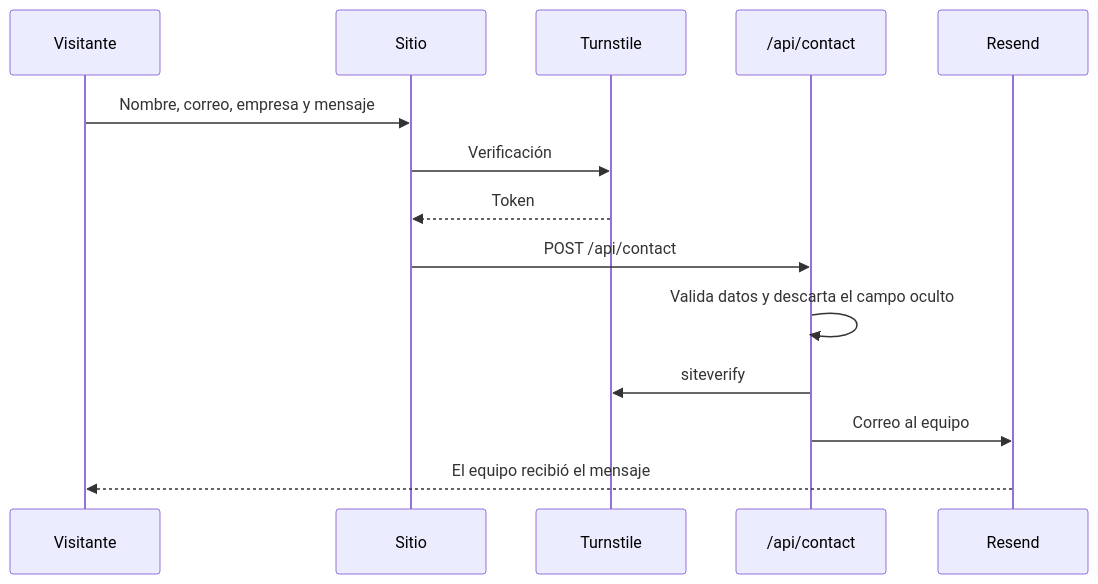
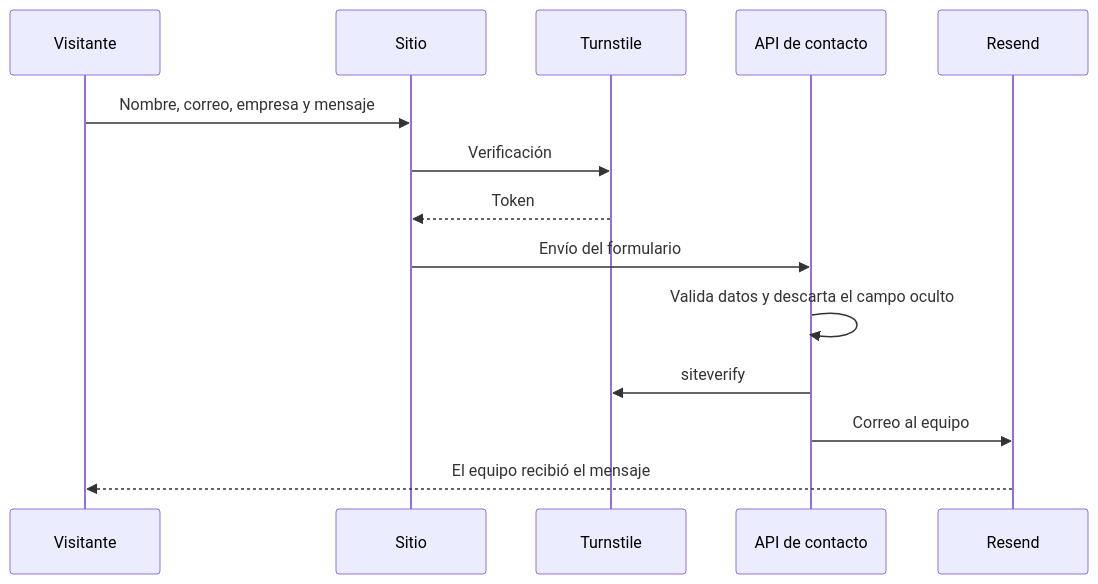
Before and after one commit to DanielGoBra/focusagency: the third of 5 diagrams in README.md, drawn with Mermaid. The commit also changed other lines of this file, not shown here.

Commit message:
Corrige el diagrama de infraestructura para que GitHub pueda dibujarlo.

````diff
--- a/README.md
+++ b/README.md
@@ -45,17 +45,17 @@
 ```mermaid
 sequenceDiagram
   participant V as Visitante
   participant S as Sitio
   participant T as Turnstile
-  participant A as /api/contact
+  participant A as API de contacto
   participant R as Resend
 
   V->>S: Nombre, correo, empresa y mensaje
   S->>T: Verificación
   T-->>S: Token
-  S->>A: POST /api/contact
+  S->>A: Envío del formulario
   A->>A: Valida datos y descarta el campo oculto
   A->>T: siteverify
   A->>R: Correo al equipo
   R-->>V: El equipo recibió el mensaje
 ```
````
